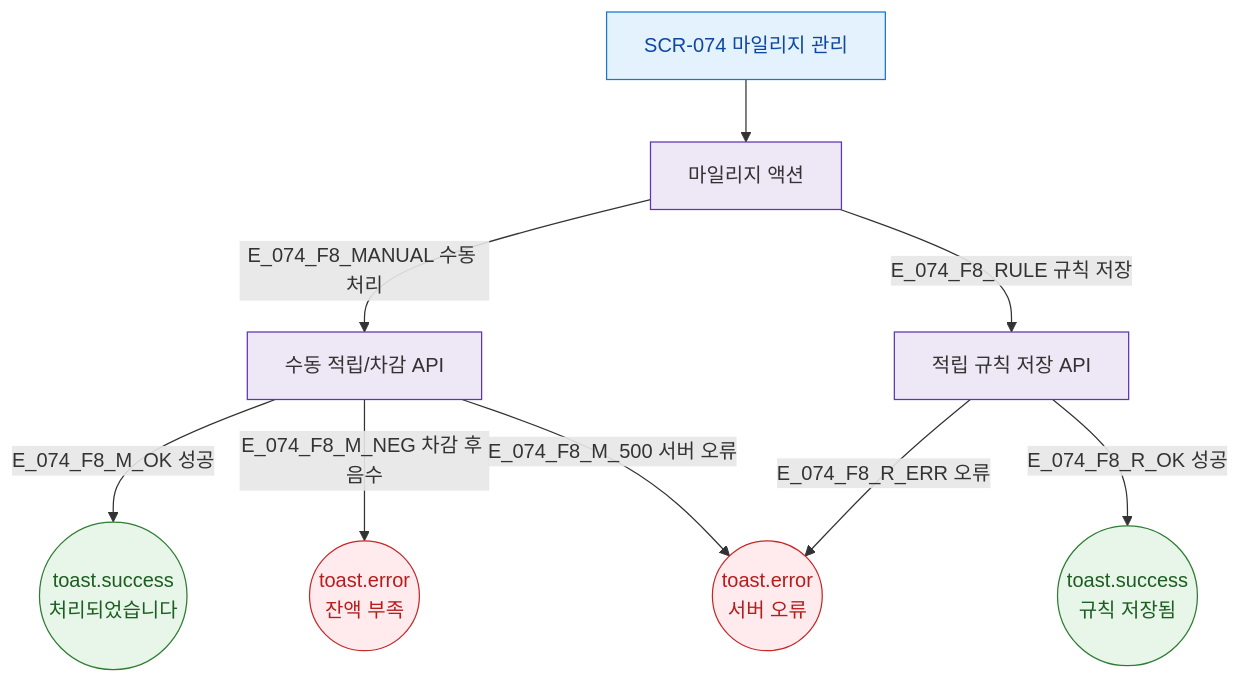
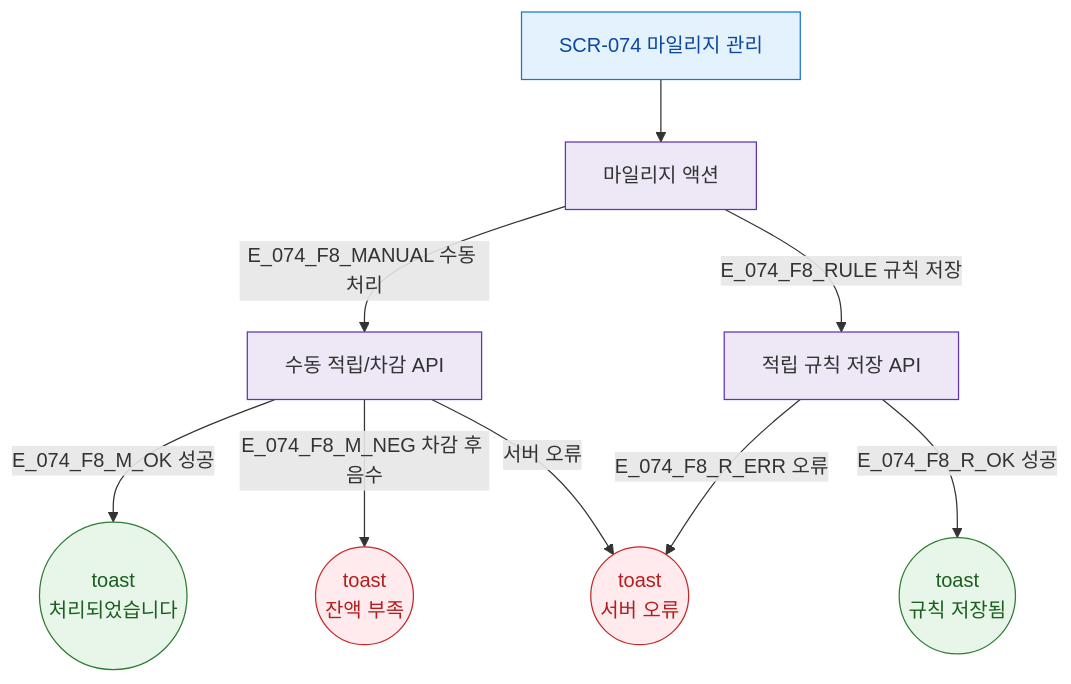
One commit to dev-spogym/admin-pando changed the diagram in docs/다이어그램/D08_마케팅/SCR-074_마일리지관리/F8_에러예외.md. Above: the diagram before and after it, drawn with Mermaid. The commit also changed other lines of this file and 1660 other files, not shown here.

First line of the commit message:
다이어그램: 기획자/클라이언트 납품본으로 정리

````diff
--- a/docs/다이어그램/D08_마케팅/SCR-074_마일리지관리/F8_에러예외.md
+++ b/docs/다이어그램/D08_마케팅/SCR-074_마일리지관리/F8_에러예외.md
@@ -14,23 +12,23 @@
 ```mermaid
 flowchart TD
   SCR_074[SCR-074 마일리지 관리] --> ACT[마일리지 액션]
 
-  ACT -->|E_074_F8_MANUAL 수동 처리| MANUAL_API[수동 적립/차감 API]
-  MANUAL_API -->|E_074_F8_M_OK 성공| T_OK((toast.success\n처리되었습니다))
-  MANUAL_API -->|E_074_F8_M_NEG 차감 후 음수| T_ERR((toast.error\n잔액 부족))
-  MANUAL_API -->|E_074_F8_M_500 서버 오류| T_SERVER((toast.error\n서버 오류))
+  ACT -->|E_074_F8_MANUAL 수동 처리|MANUAL_API[수동 적립/차감 API]
+  MANUAL_API -->|E_074_F8_M_OK 성공|T_OK((toast\n처리되었습니다))
+  MANUAL_API -->|E_074_F8_M_NEG 차감 후 음수|T_ERR((toast\n잔액 부족))
+  MANUAL_API -->|서버 오류|T_SERVER((toast\n서버 오류))
 
-  ACT -->|E_074_F8_RULE 규칙 저장| RULE_API[적립 규칙 저장 API]
-  RULE_API -->|E_074_F8_R_OK 성공| T_RULE((toast.success\n규칙 저장됨))
-  RULE_API -->|E_074_F8_R_ERR 오류| T_SERVER
+  ACT -->|E_074_F8_RULE 규칙 저장|RULE_API[적립 규칙 저장 API]
+  RULE_API -->|E_074_F8_R_OK 성공|T_RULE((toast\n규칙 저장됨))
+  RULE_API -->|E_074_F8_R_ERR 오류|T_SERVER
 
-  classDef screen      fill:#E3F2FD,stroke:#1976D2,color:#0D47A1
-  classDef success     fill:#E8F5E9,stroke:#2E7D32,color:#1B5E20
-  classDef error       fill:#FFEBEE,stroke:#C62828,color:#B71C1C
-  classDef system      fill:#EDE7F6,stroke:#5E35B2
+  classDef screen fill:#E3F2FD,stroke:#1976D2,color:#0D47A1
+  classDef success fill:#E8F5E9,stroke:#2E7D32,color:#1B5E20
+  classDef error fill:#FFEBEE,stroke:#C62828,color:#B71C1C
+  classDef system fill:#EDE7F6,stroke:#5E35B2
 
   class SCR_074 screen
   class T_OK,T_RULE success
   class T_ERR,T_SERVER error
   class MANUAL_API,RULE_API,ACT system
 ```
````
